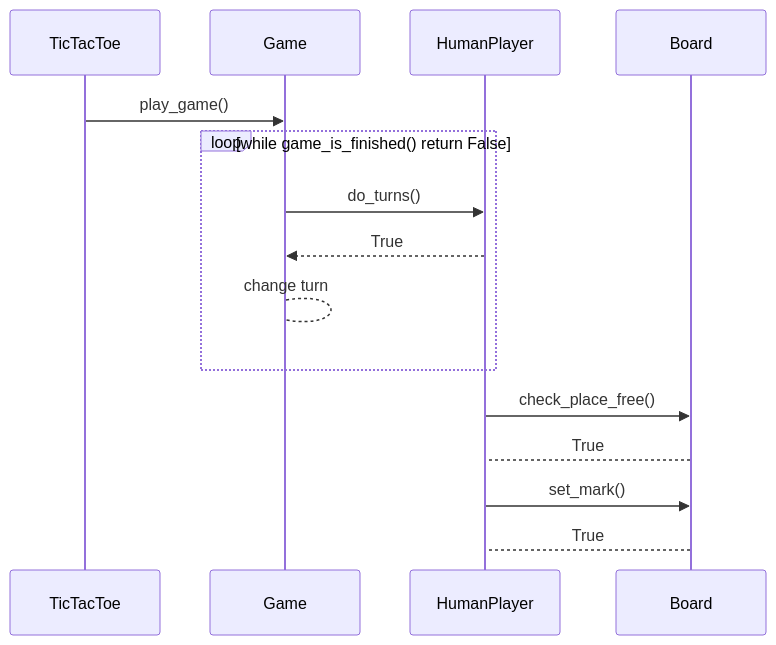
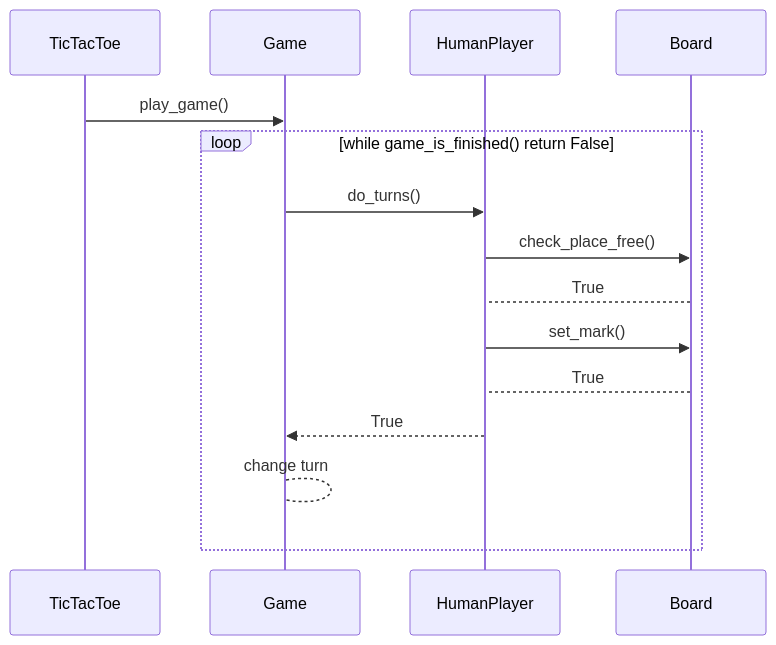
One commit to lauurap/ot-harjoitustyo changed the second of 2 diagrams in dokumentaatio/arkkitehtuuri.md. Above: the diagram before and after it, drawn with Mermaid.

Commit message:
arkkitehtuuri

````diff
--- a/dokumentaatio/arkkitehtuuri.md
+++ b/dokumentaatio/arkkitehtuuri.md
@@ -85,16 +85,17 @@
 ```mermaid
  sequenceDiagram
       TicTacToe ->> Game : play_game()
 
       loop while game_is_finished() return False
           Game ->> HumanPlayer : do_turns()
+          HumanPlayer ->> Board : check_place_free()
+          Board --> HumanPlayer : True
+          HumanPlayer ->> Board : set_mark()
+          Board --> HumanPlayer : True
           HumanPlayer -->> Game : True
           Game --> Game : change turn
       end
-      HumanPlayer ->> Board : check_place_free()
-      Board --> HumanPlayer : True
-      HumanPlayer ->> Board : set_mark()
-      Board --> HumanPlayer : True
+
 
 
 ```
````
